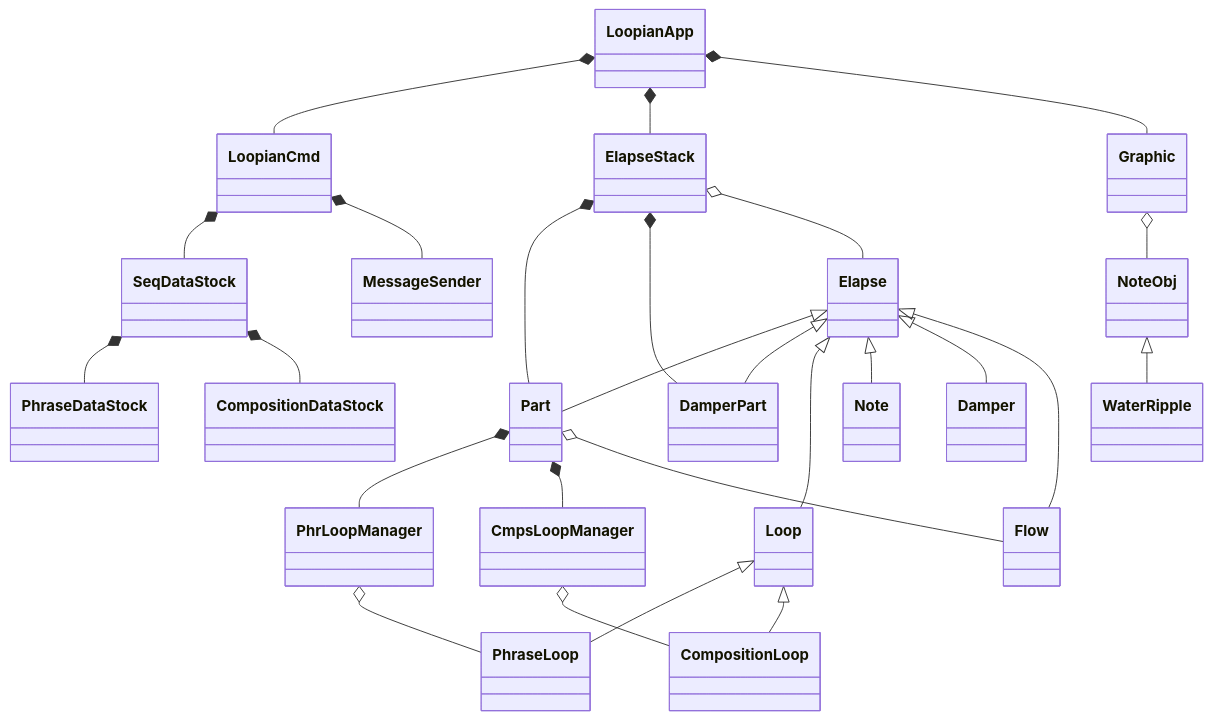
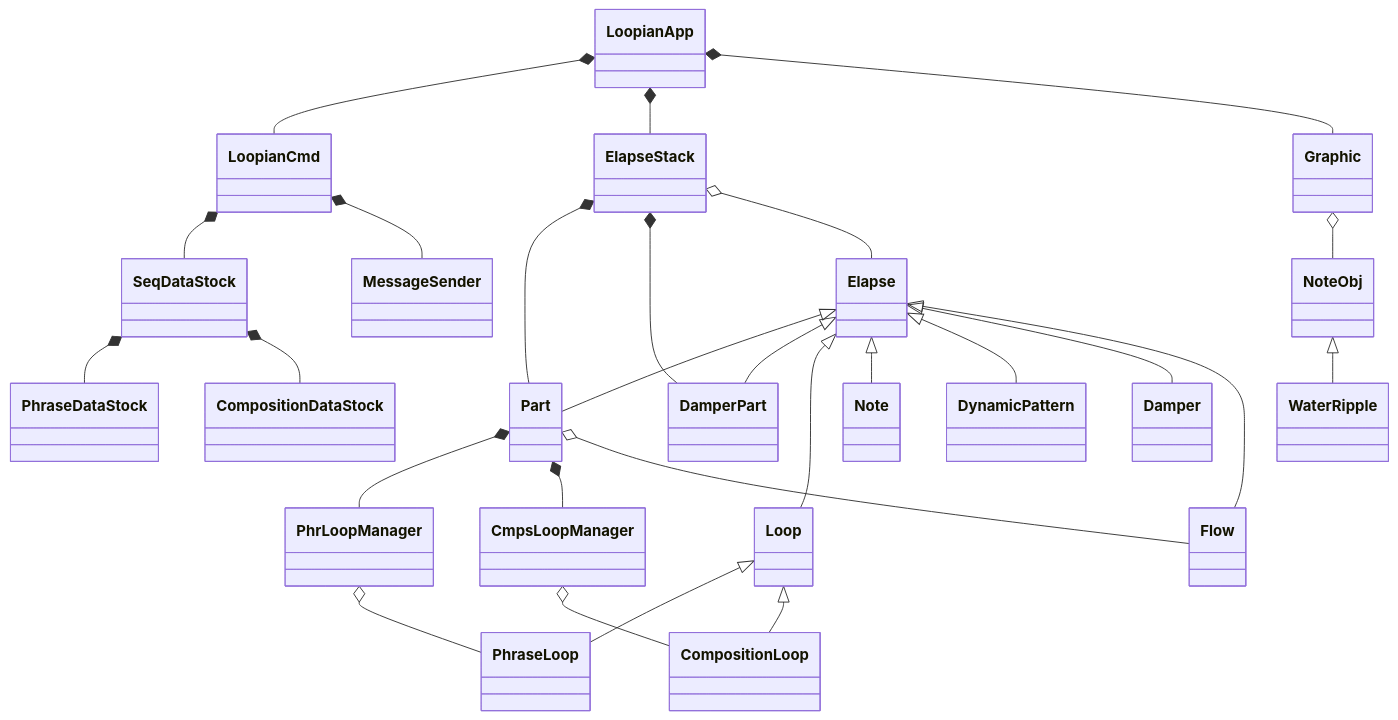
Before and after one commit to hasebems/Loopian_Rust: the diagram in doc/idea.md, drawn with Mermaid. The commit also changed other lines of this file and 3 other files, not shown here.

````diff
--- a/doc/idea.md
+++ b/doc/idea.md
@@ -167,28 +167,29 @@
 ```mermaid
 classDiagram
 LoopianApp *-- LoopianCmd
 LoopianApp *-- ElapseStack
 LoopianApp *-- Graphic
 Elapse <|-- Part
 Elapse <|-- DamperPart
 Elapse <|-- Loop
 Loop <|-- PhraseLoop
 Loop <|-- CompositionLoop
 Elapse <|-- Note
+Elapse <|-- DynamicPattern
 Elapse <|-- Damper
 Elapse <|-- Flow
 ElapseStack *-- Part
 ElapseStack *-- DamperPart
 ElapseStack o-- Elapse
 LoopianCmd *-- SeqDataStock
 LoopianCmd *-- MessageSender
 SeqDataStock *-- PhraseDataStock
 SeqDataStock *-- CompositionDataStock
 Part *-- PhrLoopManager
 Part *-- CmpsLoopManager
 Part o-- Flow
 PhrLoopManager o-- PhraseLoop
 CmpsLoopManager o-- CompositionLoop
 Graphic o-- NoteObj
 NoteObj <|-- WaterRipple
 ```
````
